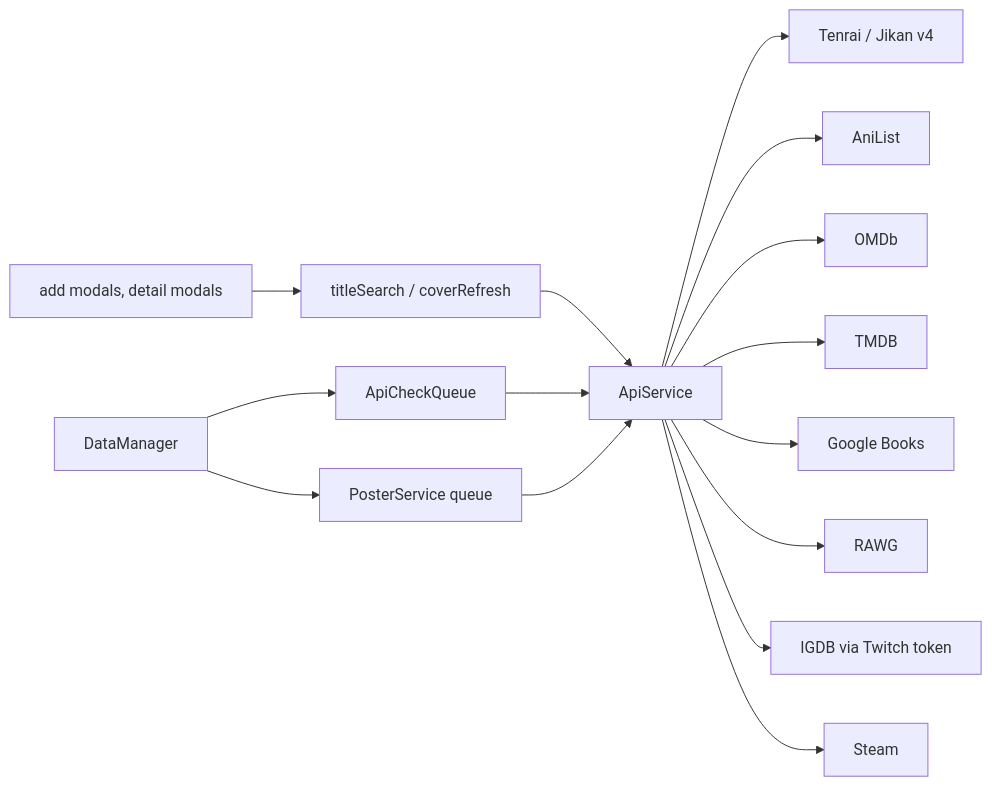
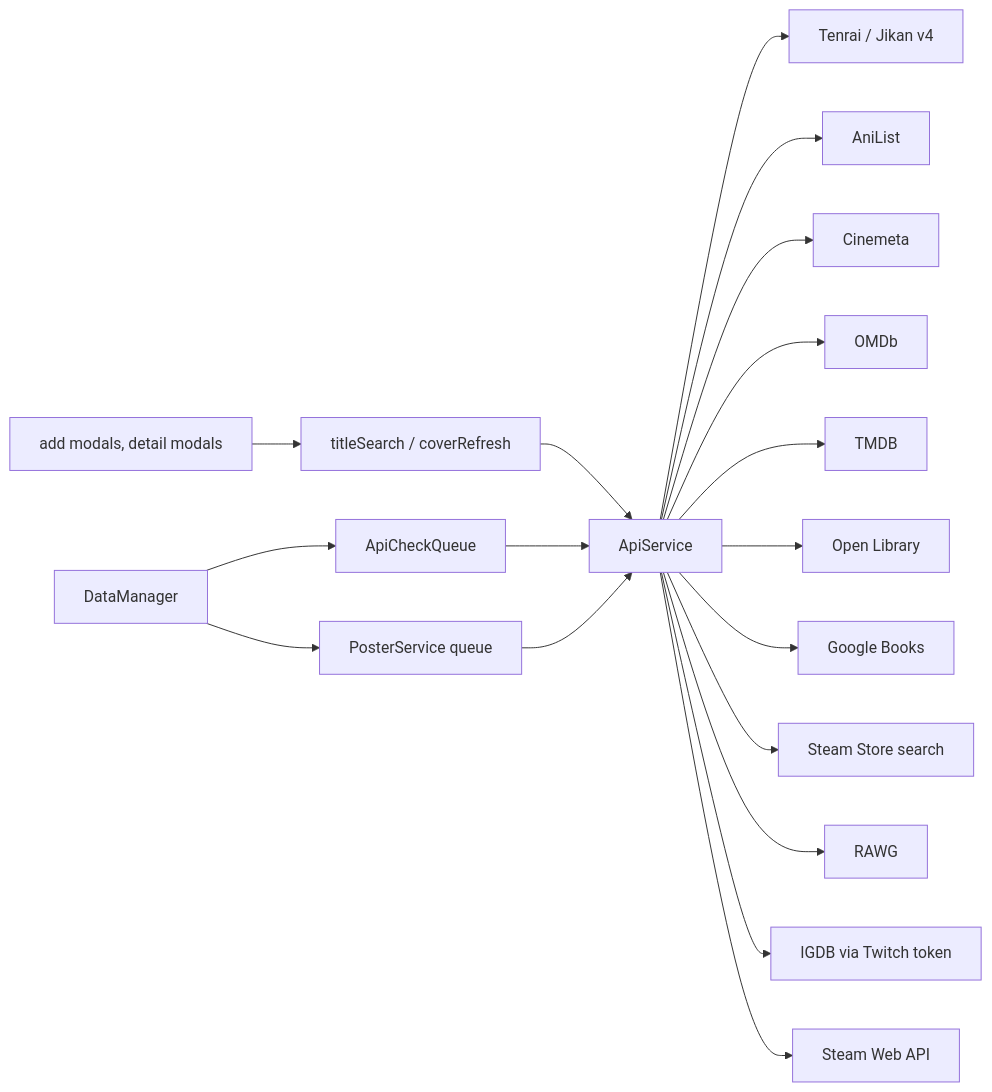
Before and after one commit to Macavity/obsidian-hoard: the diagram in docs/architecture/api-layer.md, drawn with Mermaid. The commit also changed other lines of this file and 6 other files, not shown here.

````diff
--- a/docs/architecture/api-layer.md
+++ b/docs/architecture/api-layer.md
@@ -25,17 +26,20 @@
 ```mermaid
 flowchart LR
   Modals[add modals, detail modals] --> TS[titleSearch / coverRefresh]
   TS --> API[ApiService]
   DM[DataManager] --> Q[ApiCheckQueue]
   Q --> API
   DM --> PS[PosterService queue]
   PS --> API
   API --> Jikan[Tenrai / Jikan v4]
   API --> AniList
+  API --> Cinemeta
   API --> OMDb
   API --> TMDB
+  API --> OpenLib[Open Library]
   API --> GBooks[Google Books]
+  API --> SteamStore[Steam Store search]
   API --> RAWG
   API --> IGDB[IGDB via Twitch token]
-  API --> Steam
+  API --> Steam[Steam Web API]
 ```
````
